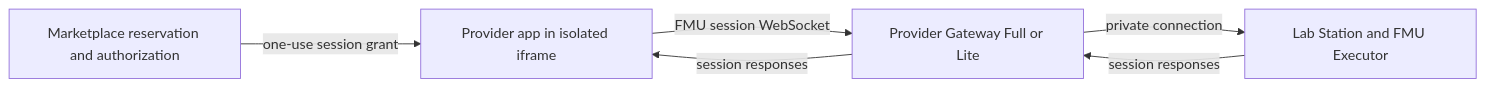
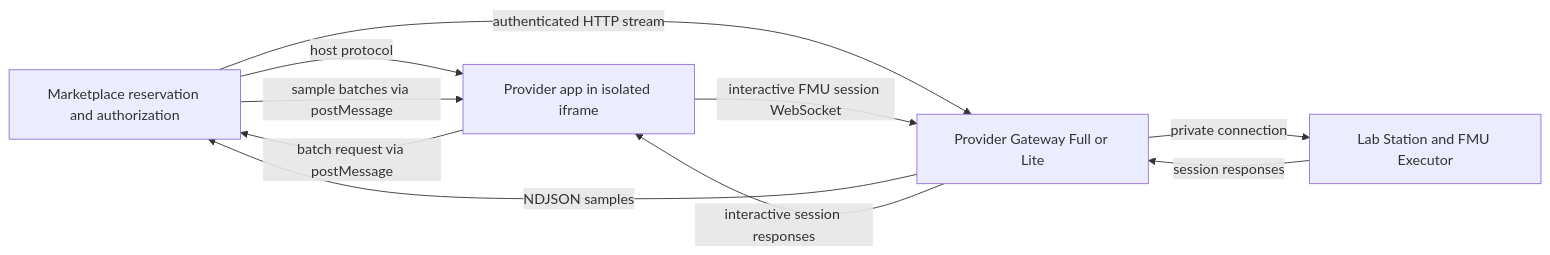
Before and after one commit to DecentraLabsCom/Marketplace: the first of 2 diagrams in docs/provider/digital-twin-threejs-app-contract.md, drawn with Mermaid. The commit also changed other lines of this file and 19 other files, not shown here.

````diff
--- a/docs/provider/digital-twin-threejs-app-contract.md
+++ b/docs/provider/digital-twin-threejs-app-contract.md
@@ -8,8 +9,12 @@
 ```mermaid
 flowchart LR
-  Marketplace[Marketplace reservation and authorization] -->|one-use session grant| App[Provider app in isolated iframe]
-  App -->|FMU session WebSocket| Gateway[Provider Gateway Full or Lite]
-  Gateway -->|session responses| App
+  Marketplace[Marketplace reservation and authorization] -->|host protocol| App[Provider app in isolated iframe]
+  App -->|batch request via postMessage| Marketplace
+  Marketplace -->|authenticated HTTP stream| Gateway[Provider Gateway Full or Lite]
+  Gateway -->|NDJSON samples| Marketplace
+  Marketplace -->|sample batches via postMessage| App
+  App -->|interactive FMU session WebSocket| Gateway
+  Gateway -->|interactive session responses| App
   Gateway -->|private connection| Station[Lab Station and FMU Executor]
   Station -->|session responses| Gateway
 ```
````
